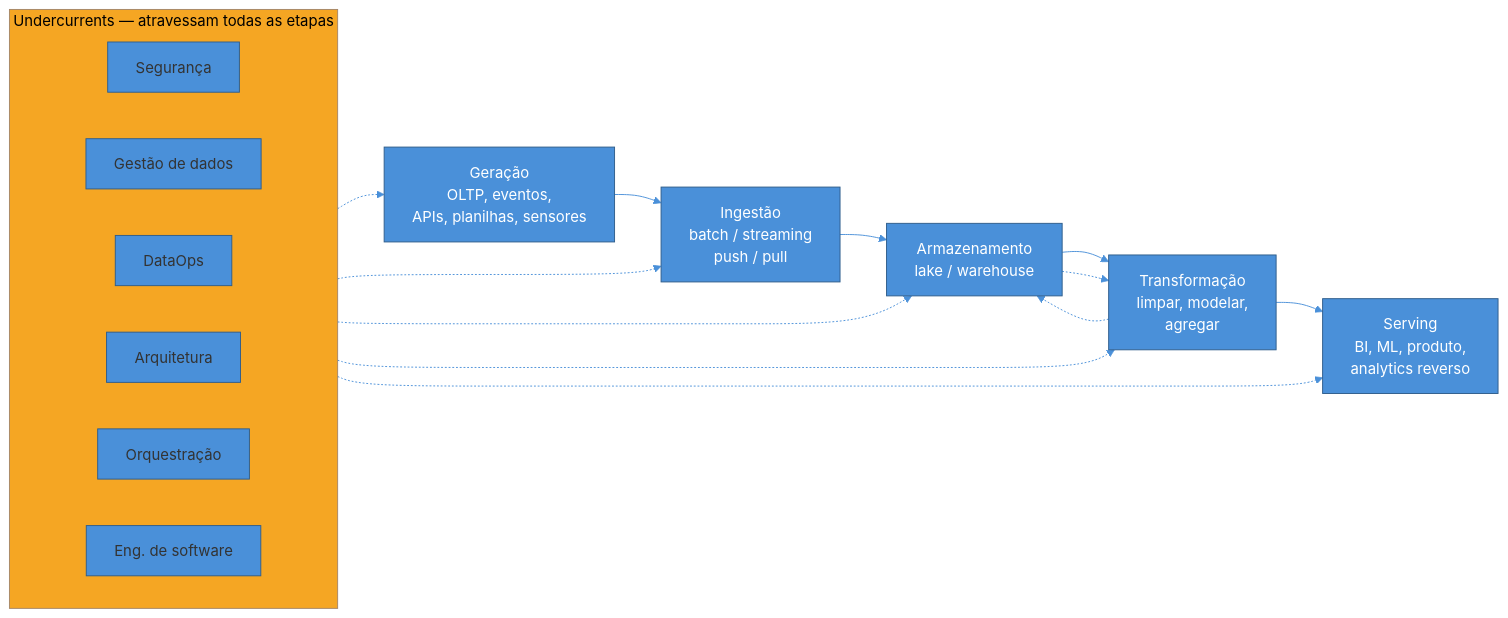
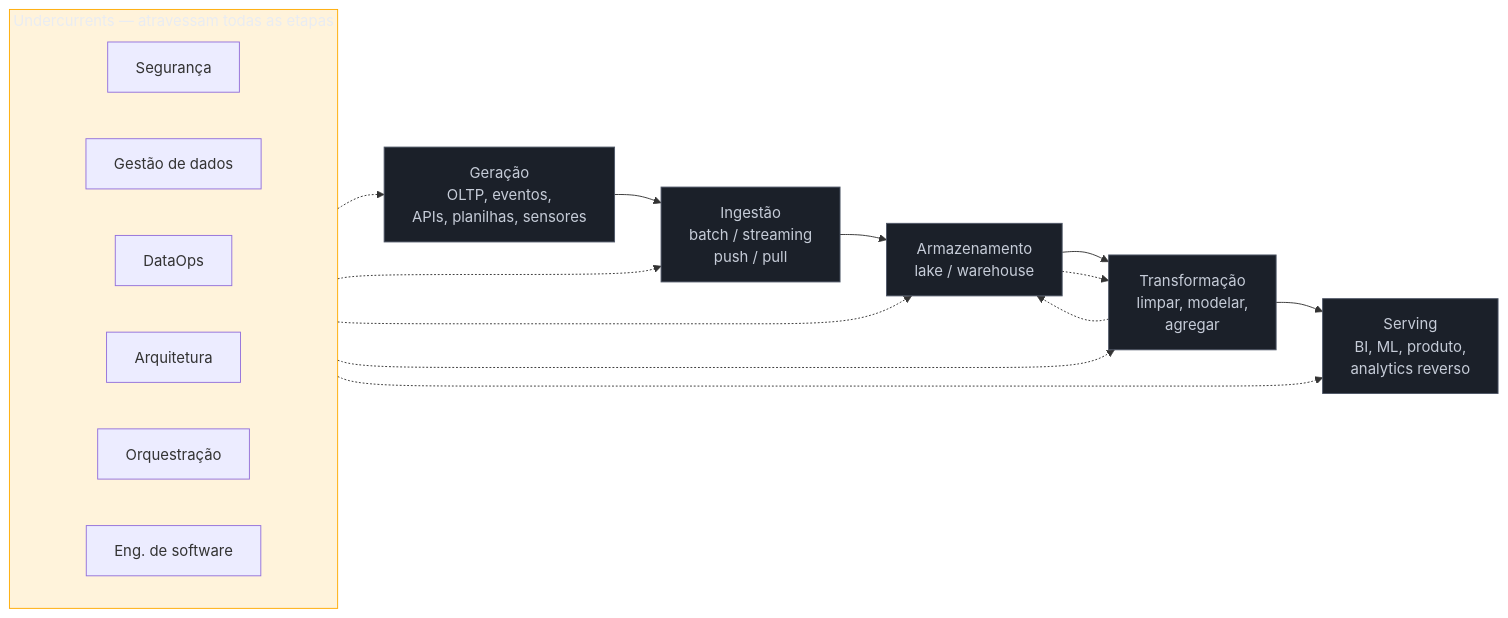
One commit to josenaldo/codex-technomanticus changed the diagram in 03-Dominios/Engenharia/Dados/1 - Fundamentos de engenharia de dados/02 - O ciclo de vida da engenharia de dados.md. Above: the diagram before and after it, drawn with Mermaid. The commit also changed 1181 other files, not shown here.

First line of the commit message:
fix(diagramas): paleta do sistema no lugar de cor cravada no markdown

````diff
--- a/03-Dominios/Engenharia/Dados/1 - Fundamentos de engenharia de dados/02 - O ciclo de vida da engenharia de dados.md
+++ b/03-Dominios/Engenharia/Dados/1 - Fundamentos de engenharia de dados/02 - O ciclo de vida da engenharia de dados.md
@@ -51,33 +51,34 @@
 ```mermaid
-%%{init: {"theme": "base", "themeVariables": {"primaryColor": "#4A90D9", "primaryBorderColor": "#2E5C8A", "lineColor": "#4A90D9"}}}%%
 flowchart LR
+    classDef neutro fill:#1B2029,stroke:#4E5666,color:#C6CCD8
+    classDef destaque fill:#FFAA0024,stroke:#FFAA00,color:#E9ECF2
     G["Geração<br/>OLTP, eventos,<br/>APIs, planilhas, sensores"] --> I["Ingestão<br/>batch / streaming<br/>push / pull"]
     I --> A["Armazenamento<br/>lake / warehouse"]
     A --> T["Transformação<br/>limpar, modelar,<br/>agregar"]
     T --> S["Serving<br/>BI, ML, produto,<br/>analytics reverso"]
     A -.-> T
     T -.-> A
 
     subgraph U["Undercurrents — atravessam todas as etapas"]
         direction LR
         Seg["Segurança"]
         Gov["Gestão de dados"]
         Ops["DataOps"]
         Arq["Arquitetura"]
         Orq["Orquestração"]
         SW["Eng. de software"]
     end
 
     U -.-> G
     U -.-> I
     U -.-> A
     U -.-> T
     U -.-> S
 
-    style G fill:#4A90D9,color:#fff
-    style I fill:#4A90D9,color:#fff
-    style A fill:#4A90D9,color:#fff
-    style T fill:#4A90D9,color:#fff
-    style S fill:#4A90D9,color:#fff
-    style U fill:#F5A623,color:#000
+    class G neutro
+    class I neutro
+    class A neutro
+    class T neutro
+    class S neutro
+    class U destaque
 ```
````
